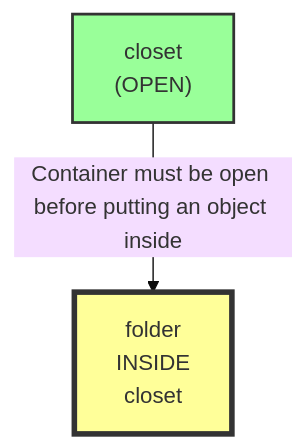
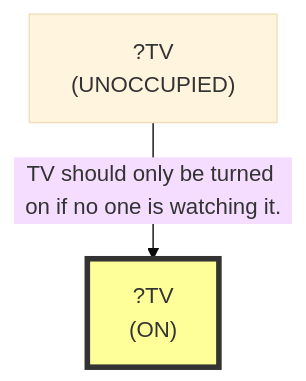
Before and after one commit to scuama/virtualhome: diagram 12 of 16 in evaluation/results/table1/robostate/scale/S5/S-G05/run_T1_SCALE_SG05_S5.md, drawn with Mermaid (base theme). The commit also changed other lines of this file and 96 other files, not shown here.

````diff
--- a/evaluation/results/table1/robostate/scale/S5/S-G05/run_T1_SCALE_SG05_S5.md
+++ b/evaluation/results/table1/robostate/scale/S5/S-G05/run_T1_SCALE_SG05_S5.md
@@ -1016,8 +862,7 @@
 ```mermaid
 graph TD
-    N1["folder<br>INSIDE<br>closet"]
+    N1["?TV<br>(ON)"]
     style N1 fill:#ff9,stroke:#333,stroke-width:4px
-    N2["closet<br>(OPEN)"]
-    style N2 fill:#9f9,stroke:#333,stroke-width:2px
-    N2 -->|"Container must be open before putting an object inside"| N1
+    N2["?TV<br>(UNOCCUPIED)"]
+    N2 -->|"TV should only be turned on if no one is watching it."| N1
 ```
````
